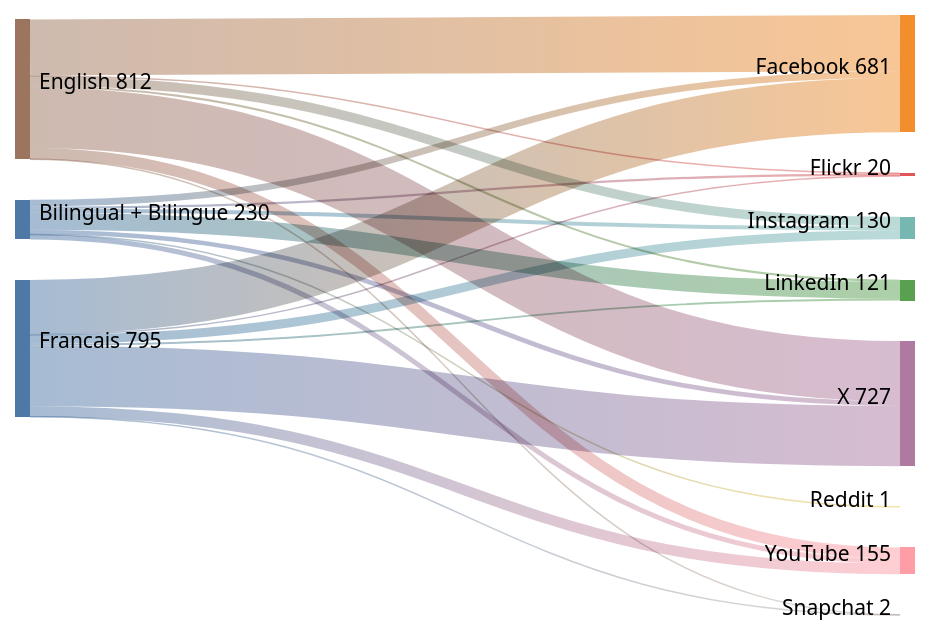
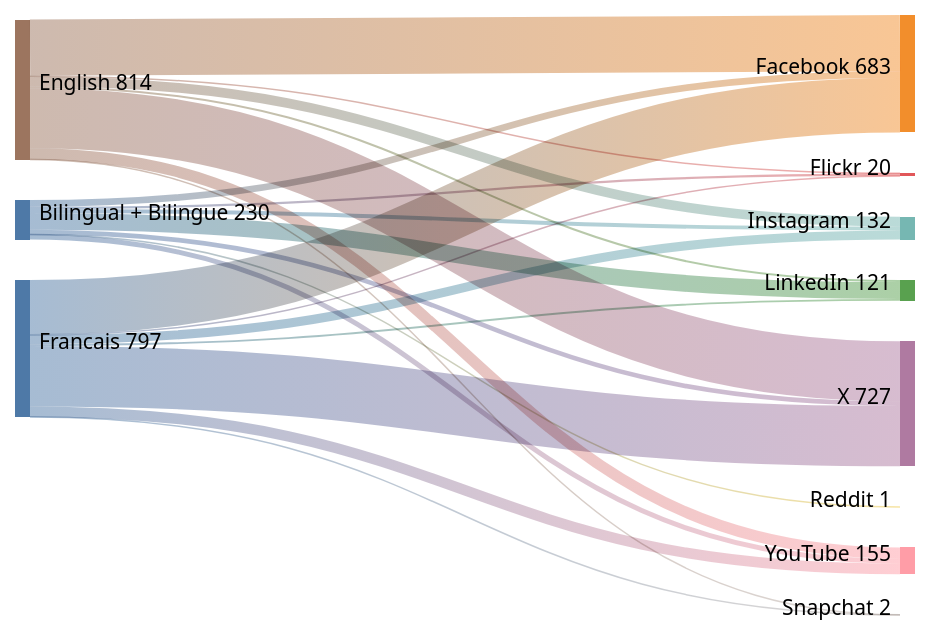
Before and after one commit to PatLittle/GC-Socials: the diagram in sankey_diagram.md, drawn with Mermaid (forest theme).

Commit message:
Update Sankey diagram for the most recent day

````diff
--- a/sankey_diagram.md
+++ b/sankey_diagram.md
@@ -1,24 +1,24 @@
 ```mermaid
 sankey-beta
   Bilingual + Bilingue,Facebook,39
   Bilingual + Bilingue,Flickr,13
   Bilingual + Bilingue,Instagram,23
   Bilingual + Bilingue,LinkedIn,98
   Bilingual + Bilingue,Reddit,1
   Bilingual + Bilingue,X,27
   Bilingual + Bilingue,YouTube,29
-  English,Facebook,326
+  English,Facebook,327
   English,Flickr,4
-  English,Instagram,55
+  English,Instagram,56
   English,LinkedIn,12
   English,Snapchat,1
   English,X,349
   English,YouTube,65
-  Francais,Facebook,316
+  Francais,Facebook,317
   Francais,Flickr,3
-  Francais,Instagram,52
+  Francais,Instagram,53
   Francais,LinkedIn,11
   Francais,Snapchat,1
   Francais,X,351
   Francais,YouTube,61
 ```
````
